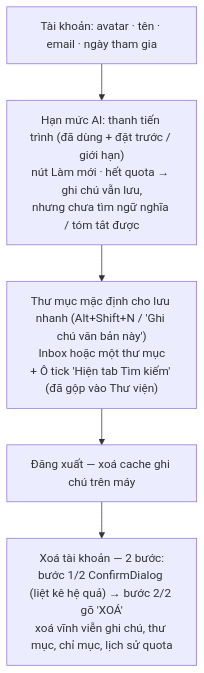
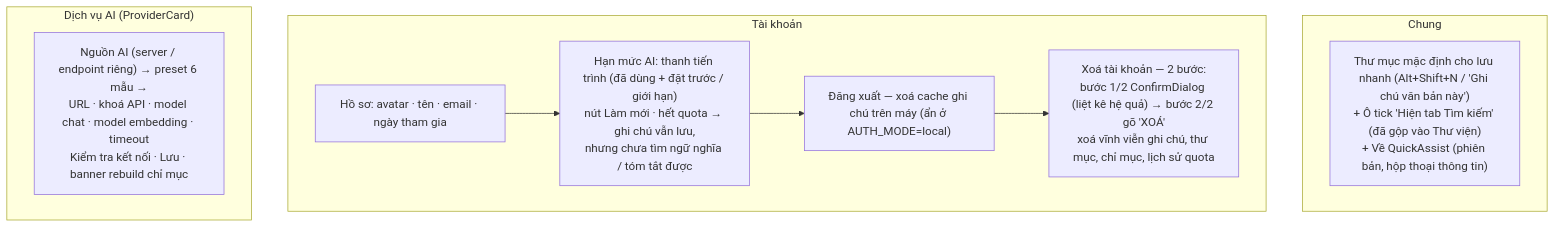
The sixth of 9 diagrams in docs/ux/ui-map.md (watashiwalds/quick-assist-ext), drawn with Mermaid before and after one commit. The commit also changed other lines of this file and 17 other files, not shown here.

````diff
--- a/docs/ux/ui-map.md
+++ b/docs/ux/ui-map.md
@@ -108,9 +110,16 @@
 ```mermaid
 flowchart TB
-    ACC["Tài khoản: avatar · tên · email · ngày tham gia"]
-    QUOTA["Hạn mức AI: thanh tiến trình (đã dùng + đặt trước / giới hạn)<br/>nút Làm mới · hết quota → ghi chú vẫn lưu,<br/>nhưng chưa tìm ngữ nghĩa / tóm tắt được"]
-    PREF["Thư mục mặc định cho lưu nhanh (Alt+Shift+N / 'Ghi chú văn bản này')<br/>Inbox hoặc một thư mục<br/>+ Ô tick 'Hiện tab Tìm kiếm' (đã gộp vào Thư viện)"]
-    LOGOUT["Đăng xuất — xoá cache ghi chú trên máy"]
-    DEL["Xoá tài khoản — 2 bước:<br/>bước 1/2 ConfirmDialog (liệt kê hệ quả) → bước 2/2 gõ 'XOÁ'<br/>xoá vĩnh viễn ghi chú, thư mục, chỉ mục, lịch sử quota"]
-    ACC --> QUOTA --> PREF --> LOGOUT --> DEL
+    subgraph CHUNG["Chung"]
+        GEN["Thư mục mặc định cho lưu nhanh (Alt+Shift+N / 'Ghi chú văn bản này')<br/>+ Ô tick 'Hiện tab Tìm kiếm' (đã gộp vào Thư viện)<br/>+ Về QuickAssist (phiên bản, hộp thoại thông tin)"]
+    end
+    subgraph TAIKHOAN["Tài khoản"]
+        ACC["Hồ sơ: avatar · tên · email · ngày tham gia"]
+        QUOTA["Hạn mức AI: thanh tiến trình (đã dùng + đặt trước / giới hạn)<br/>nút Làm mới · hết quota → ghi chú vẫn lưu,<br/>nhưng chưa tìm ngữ nghĩa / tóm tắt được"]
+        LOGOUT["Đăng xuất — xoá cache ghi chú trên máy (ẩn ở AUTH_MODE=local)"]
+        DEL["Xoá tài khoản — 2 bước:<br/>bước 1/2 ConfirmDialog (liệt kê hệ quả) → bước 2/2 gõ 'XOÁ'<br/>xoá vĩnh viễn ghi chú, thư mục, chỉ mục, lịch sử quota"]
+        ACC --> QUOTA --> LOGOUT --> DEL
+    end
+    subgraph DICHVU["Dịch vụ AI (ProviderCard)"]
+        AI["Nguồn AI (server / endpoint riêng) → preset 6 mẫu →<br/>URL · khoá API · model chat · model embedding · timeout<br/>Kiểm tra kết nối · Lưu · banner rebuild chỉ mục"]
+    end
 ```
````
